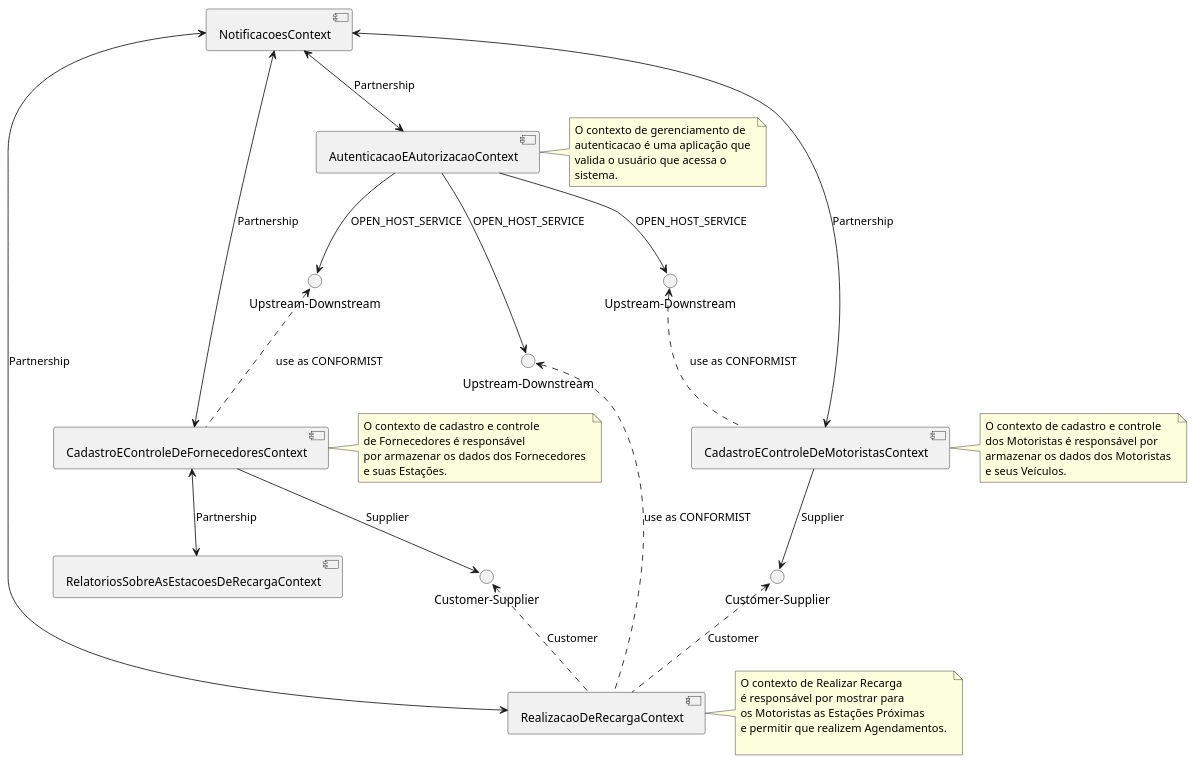
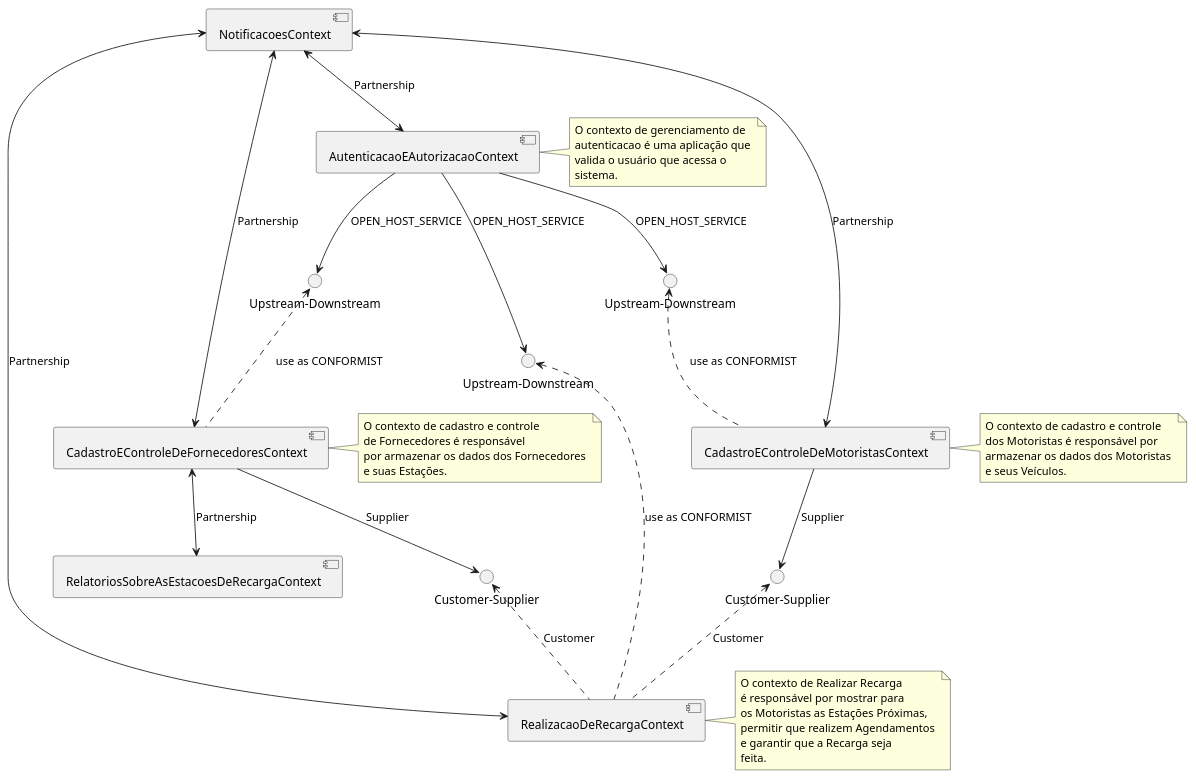
One commit to diegopluna/fds2 changed the diagram in src-gen/model_ContextMap.puml. Above: the diagram before and after it, drawn with PlantUML. The commit also changed 17 other files, not shown here.

```diff
--- a/src-gen/model_ContextMap.puml
+++ b/src-gen/model_ContextMap.puml
@@ -1,69 +1,70 @@
 @startuml
 
 skinparam componentStyle uml2
 
 component [RealizacaoDeRecargaContext]
 note right of [RealizacaoDeRecargaContext]
 O contexto de Realizar Recarga 
 é responsável por mostrar para 
-os Motoristas as Estações Próximas 
-e permitir que realizem Agendamentos. 
-
+os Motoristas as Estações Próximas, 
+permitir que realizem Agendamentos 
+e garantir que a Recarga seja 
+feita. 
 end note
 component [CadastroEControleDeFornecedoresContext]
 note right of [CadastroEControleDeFornecedoresContext]
 O contexto de cadastro e controle 
 de Fornecedores é responsável 
 por armazenar os dados dos Fornecedores 
 e suas Estações. 
 end note
 component [CadastroEControleDeMotoristasContext]
 note right of [CadastroEControleDeMotoristasContext]
 O contexto de cadastro e controle 
 dos Motoristas é responsável por 
 armazenar os dados dos Motoristas 
 e seus Veículos. 
 end note
 component [AutenticacaoEAutorizacaoContext]
 note right of [AutenticacaoEAutorizacaoContext]
 O contexto de gerenciamento de 
 autenticacao é uma aplicação que 
 valida o usuário que acessa o 
 sistema. 
 end note
 component [NotificacoesContext]
 component [RelatoriosSobreAsEstacoesDeRecargaContext]
 
 interface "Customer-Supplier" as RealizacaoDeRecargaContext_to_CadastroEControleDeFornecedoresContext
 [CadastroEControleDeFornecedoresContext] --> RealizacaoDeRecargaContext_to_CadastroEControleDeFornecedoresContext : Supplier
 RealizacaoDeRecargaContext_to_CadastroEControleDeFornecedoresContext <.. [RealizacaoDeRecargaContext] : Customer 
 
 interface "Customer-Supplier" as RealizacaoDeRecargaContext_to_CadastroEControleDeMotoristasContext
 [CadastroEControleDeMotoristasContext] --> RealizacaoDeRecargaContext_to_CadastroEControleDeMotoristasContext : Supplier
 RealizacaoDeRecargaContext_to_CadastroEControleDeMotoristasContext <.. [RealizacaoDeRecargaContext] : Customer 
 
 [CadastroEControleDeFornecedoresContext]<-->[RelatoriosSobreAsEstacoesDeRecargaContext] : Partnership
 
 [NotificacoesContext]<-->[RealizacaoDeRecargaContext] : Partnership
 
 [NotificacoesContext]<-->[CadastroEControleDeFornecedoresContext] : Partnership
 
 [NotificacoesContext]<-->[CadastroEControleDeMotoristasContext] : Partnership
 
 [NotificacoesContext]<-->[AutenticacaoEAutorizacaoContext] : Partnership
 
 interface "Upstream-Downstream" as CadastroEControleDeFornecedoresContext_to_AutenticacaoEAutorizacaoContext
 [AutenticacaoEAutorizacaoContext] --> CadastroEControleDeFornecedoresContext_to_AutenticacaoEAutorizacaoContext : OPEN_HOST_SERVICE
 CadastroEControleDeFornecedoresContext_to_AutenticacaoEAutorizacaoContext <.. [CadastroEControleDeFornecedoresContext] : use as CONFORMIST
 
 interface "Upstream-Downstream" as CadastroEControleDeMotoristasContext_to_AutenticacaoEAutorizacaoContext
 [AutenticacaoEAutorizacaoContext] --> CadastroEControleDeMotoristasContext_to_AutenticacaoEAutorizacaoContext : OPEN_HOST_SERVICE
 CadastroEControleDeMotoristasContext_to_AutenticacaoEAutorizacaoContext <.. [CadastroEControleDeMotoristasContext] : use as CONFORMIST
 
 interface "Upstream-Downstream" as RealizacaoDeRecargaContext_to_AutenticacaoEAutorizacaoContext
 [AutenticacaoEAutorizacaoContext] --> RealizacaoDeRecargaContext_to_AutenticacaoEAutorizacaoContext : OPEN_HOST_SERVICE
 RealizacaoDeRecargaContext_to_AutenticacaoEAutorizacaoContext <.. [RealizacaoDeRecargaContext] : use as CONFORMIST
 
 
 
 @enduml
```
